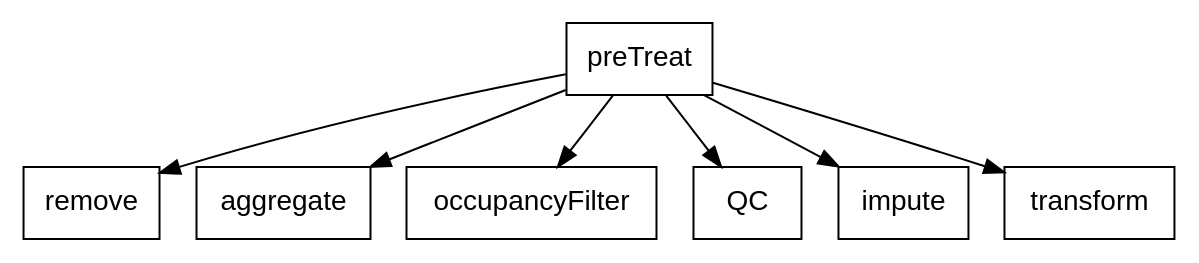
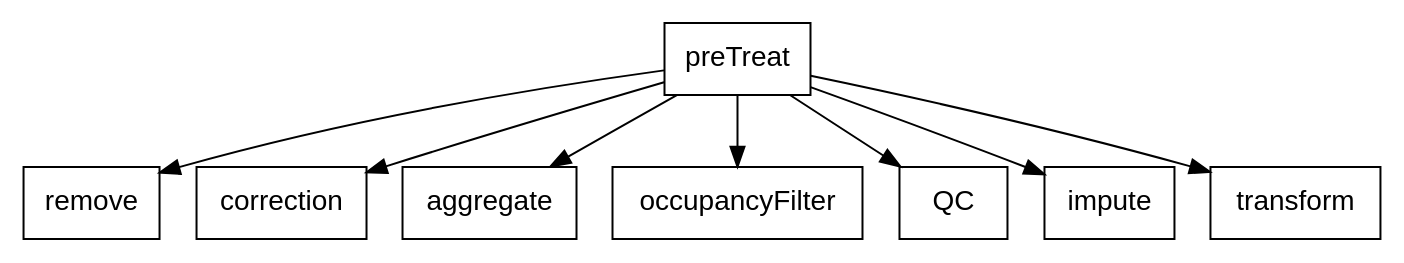
Before and after one commit to jasenfinch/metabolyseR: the diagram in vignettes/figures/preTreat.gv, drawn with Graphviz. The commit also changed 1 other file, not shown here.

Commit message:
added batch correction to vignette

```diff
--- a/vignettes/figures/preTreat.gv
+++ b/vignettes/figures/preTreat.gv
@@ -1,13 +1,13 @@
 digraph preTreat {
 
   # a 'graph' statement
   graph [overlap = true]
 
   # several 'node' statements
   node [shape = box,
         fontname = Helvetica, fontsize = 14]
-  preTreat; remove; aggregate; occupancyFilter; QC; impute; transform
+  preTreat; remove; correction; aggregate; occupancyFilter; QC; impute; transform
 
   # several 'edge' statements
-  preTreat -> {remove aggregate occupancyFilter QC impute transform} 
+  preTreat -> {remove correction aggregate occupancyFilter QC impute transform} 
 }
```
